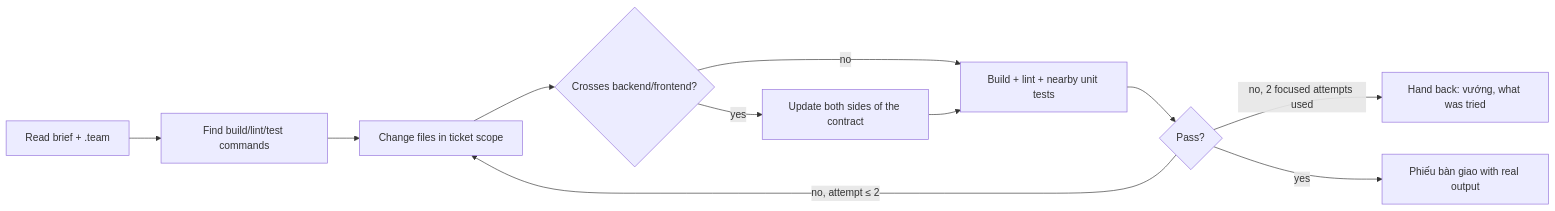
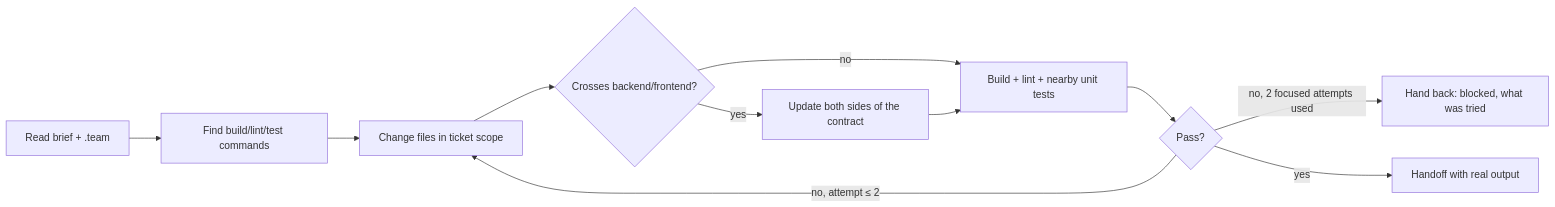
One commit to Tuan-Quyen/technical-teams changed the diagram in agents/developer.md. Above: the diagram before and after it, drawn with Mermaid. The commit also changed 37 other files, not shown here.

````diff
--- a/agents/developer.md
+++ b/agents/developer.md
@@ -22,13 +22,13 @@
 ```mermaid
 flowchart LR
   A[Read brief + .team] --> B[Find build/lint/test commands]
   B --> C[Change files in ticket scope]
   C --> D{Crosses backend/frontend?}
   D -- yes --> E[Update both sides of the contract]
   D -- no --> F
   E --> F[Build + lint + nearby unit tests]
   F --> G{Pass?}
   G -- no, attempt ≤ 2 --> C
-  G -- no, 2 focused attempts used --> H[Hand back: vướng, what was tried]
-  G -- yes --> I[Phiếu bàn giao with real output]
+  G -- no, 2 focused attempts used --> H[Hand back: blocked, what was tried]
+  G -- yes --> I[Handoff with real output]
 ```
````
